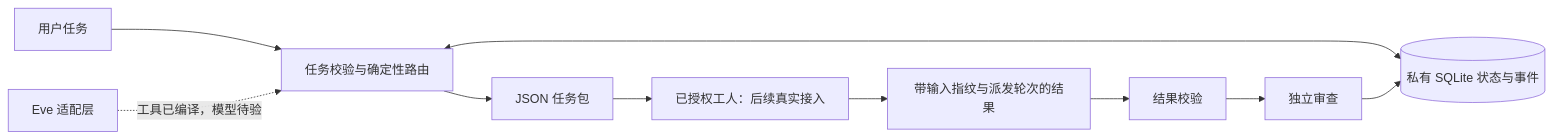
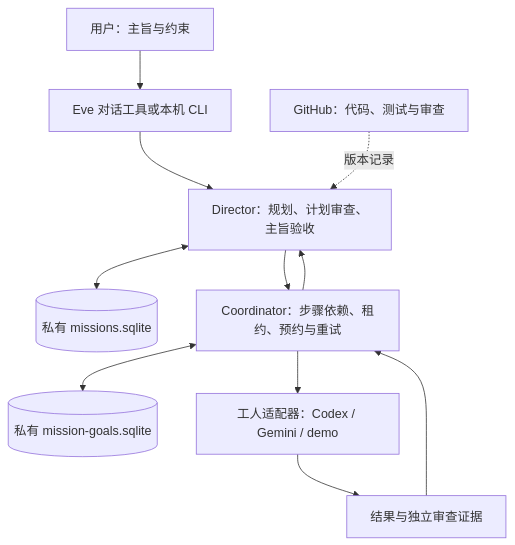
Before and after one commit to utopia013-droid/ciaomind: the diagram in docs/alliance-agent/DESIGN.md, drawn with Mermaid. The commit also changed other lines of this file and 52 other files, not shown here.

````diff
--- a/docs/alliance-agent/DESIGN.md
+++ b/docs/alliance-agent/DESIGN.md
@@ -24,12 +13,13 @@
 ```mermaid
-flowchart LR
-    U[用户任务] --> C[任务校验与确定性路由]
-    C <--> D[(私有 SQLite 状态与事件)]
-    C --> P[JSON 任务包]
-    P --> W[已授权工人：后续真实接入]
-    W --> R[带输入指纹与派发轮次的结果]
-    R --> V[结果校验]
-    V --> H[独立审查]
-    H --> D
-    E[Eve 适配层] -. 工具已编译，模型待验 .-> C
+flowchart TD
+    U[用户：主旨与约束] --> E[Eve 对话工具或本机 CLI]
+    E --> D[Director：规划、计划审查、主旨验收]
+    D <--> M[(私有 missions.sqlite)]
+    D --> C[Coordinator：步骤依赖、租约、预约与重试]
+    C <--> S[(私有 mission-goals.sqlite)]
+    C --> A[工人适配器：Codex / Gemini / demo]
+    A --> R[结果与独立审查证据]
+    R --> C
+    C --> D
+    G[GitHub：代码、测试与审查] -.版本记录.-> D
 ```
````
